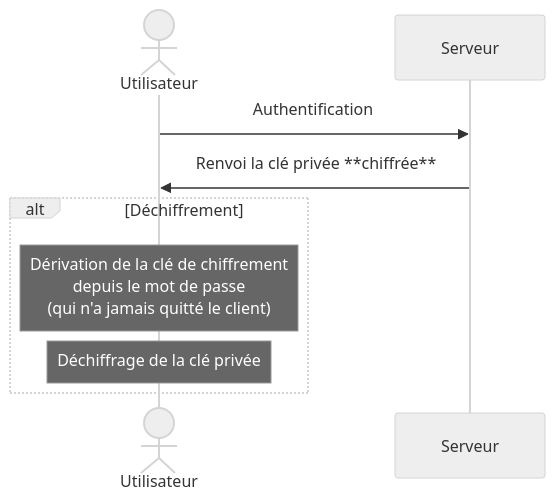
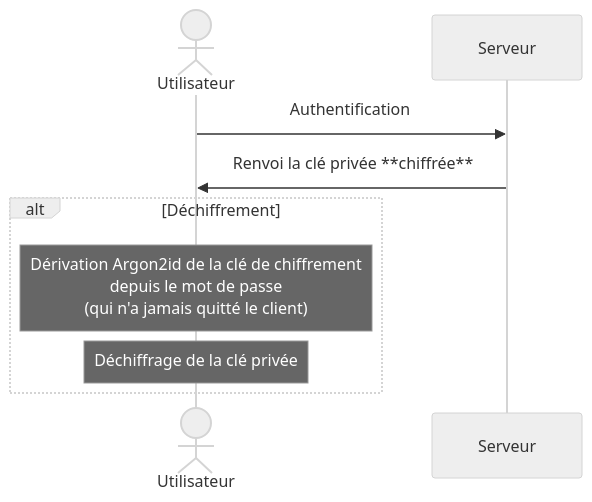
Before and after one commit to ILPlais/SuiviTestIntrusion: the second of 2 diagrams in docs/10-19 Conception/11 Cahier des charges/11.01 Cahier des charges.md, drawn with Mermaid (neutral theme). The commit also changed other lines of this file and 6 other files, not shown here.

First line of the commit message:
Story decisions-2 : ADR 13.02, dérivation de clé Argon2id.

````diff
--- a/docs/10-19 Conception/11 Cahier des charges/11.01 Cahier des charges.md
+++ b/docs/10-19 Conception/11 Cahier des charges/11.01 Cahier des charges.md
@@ -758,12 +758,12 @@
 ```mermaid
 sequenceDiagram
 	actor Utilisateur
 
 	Utilisateur->>Serveur: Authentification
 	Serveur->>Utilisateur: Renvoi la clé privée **chiffrée**
 
 	alt Déchiffrement
-		note over Utilisateur: Dérivation de la clé de chiffrement<br/>depuis le mot de passe<br/>(qui n'a jamais quitté le client)
+		note over Utilisateur: Dérivation Argon2id de la clé de chiffrement<br/>depuis le mot de passe<br/>(qui n'a jamais quitté le client)
 		note over Utilisateur: Déchiffrage de la clé privée
 	end
 ```
````
